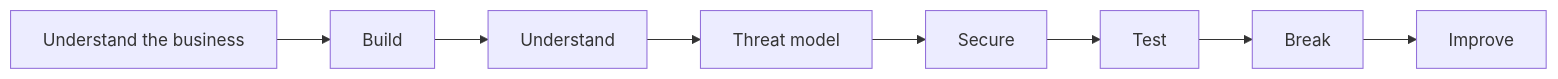
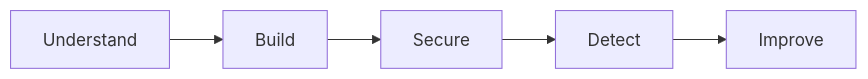
One commit to lxrider/saas-security-lab changed the diagram in README.md. Above: the diagram before and after it, drawn with Mermaid. The commit also changed other lines of this file, not shown here.

````diff
--- a/README.md
+++ b/README.md
@@ -53,10 +51,7 @@
 ```mermaid
 flowchart LR
-    A["Understand the business"] --> B["Build"]
-    B --> C["Understand"]
-    C --> D["Threat model"]
-    D --> E["Secure"]
-    E --> F["Test"]
-    F --> G["Break"]
-    G --> H["Improve"]
+    A["Understand"] --> B["Build"]
+    B --> C["Secure"]
+    C --> D["Detect"]
+    D --> E["Improve"]
 ```
````
